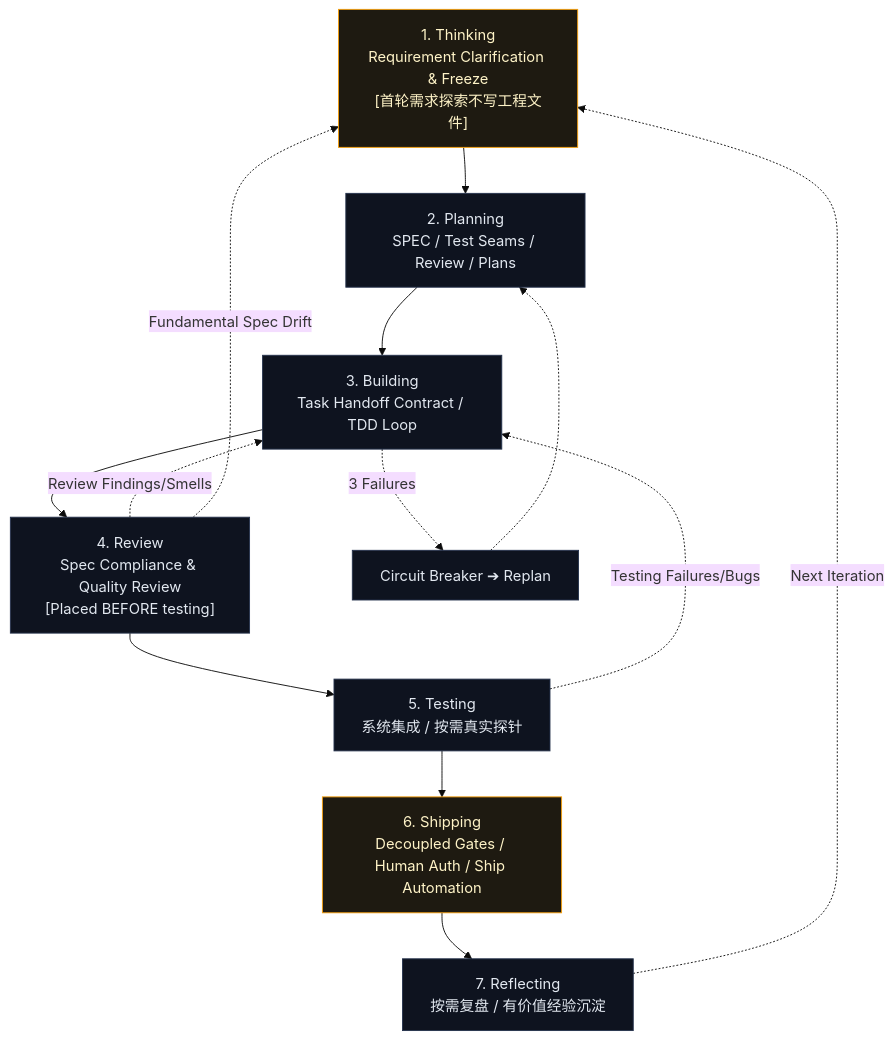
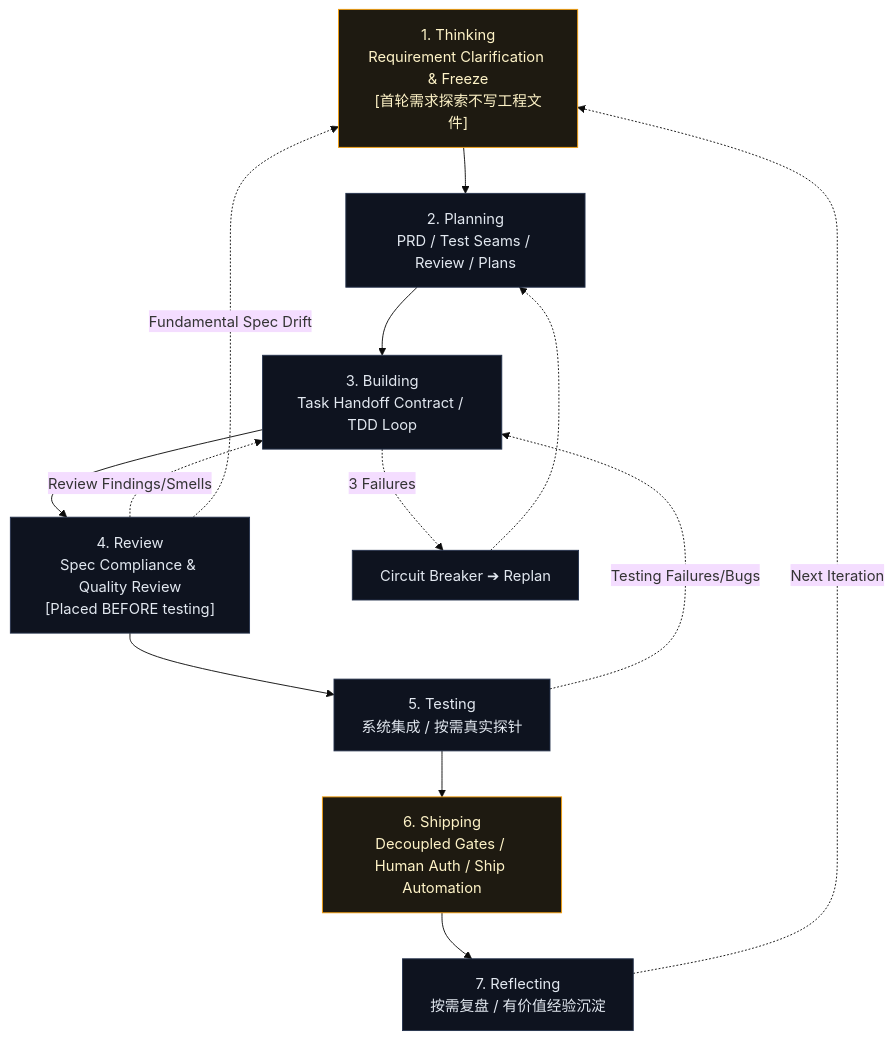
One commit to sz-xiaohuolong/vibe-workflow changed the diagram in README.md. Above: the diagram before and after it, drawn with Mermaid (base theme). The commit also changed other lines of this file and 44 other files, not shown here.

````diff
--- a/README.md
+++ b/README.md
@@ -76,21 +76,21 @@
 ```mermaid
 flowchart TD
-    S1["1. Thinking<br/>Requirement Clarification & Freeze<br/>[首轮需求探索不写工程文件]"] --> S2["2. Planning<br/>SPEC / Test Seams / Review / Plans"]
+    S1["1. Thinking<br/>Requirement Clarification & Freeze<br/>[首轮需求探索不写工程文件]"] --> S2["2. Planning<br/>PRD / Test Seams / Review / Plans"]
     S2 --> S3["3. Building<br/>Task Handoff Contract / TDD Loop"]
     S3 --> S4["4. Review<br/>Spec Compliance & Quality Review<br/>[Placed BEFORE testing]"]
     S4 --> S5["5. Testing<br/>系统集成 / 按需真实探针"]
     S5 --> S6["6. Shipping<br/>Decoupled Gates / Human Auth / Ship Automation"]
     S6 --> S7["7. Reflecting<br/>按需复盘 / 有价值经验沉淀"]
     S7 -.->|Next Iteration| S1
 
     %% Failure recovery loops
     S3 -.->|3 Failures| CB[Circuit Breaker ➔ Replan]
     CB -.-> S2
     S4 -.->|Review Findings/Smells| S3
     S5 -.->|Testing Failures/Bugs| S3
     S4 -.->|Fundamental Spec Drift| S1
 
     classDef default fill:#0e131f,stroke:#26334d,color:#e2e8f0;
     classDef gate fill:#1e1a11,stroke:#f59e0b,color:#fef3c7;
     class S1,S6 gate;
 ```
````
